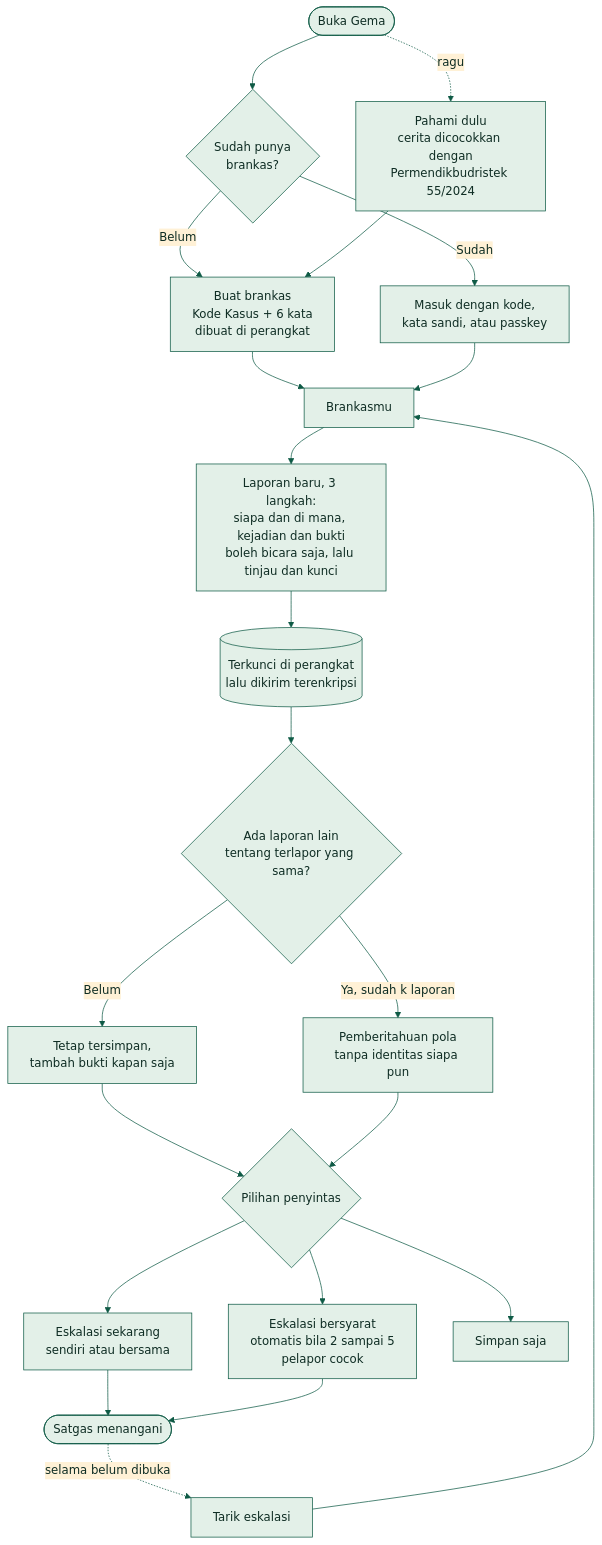
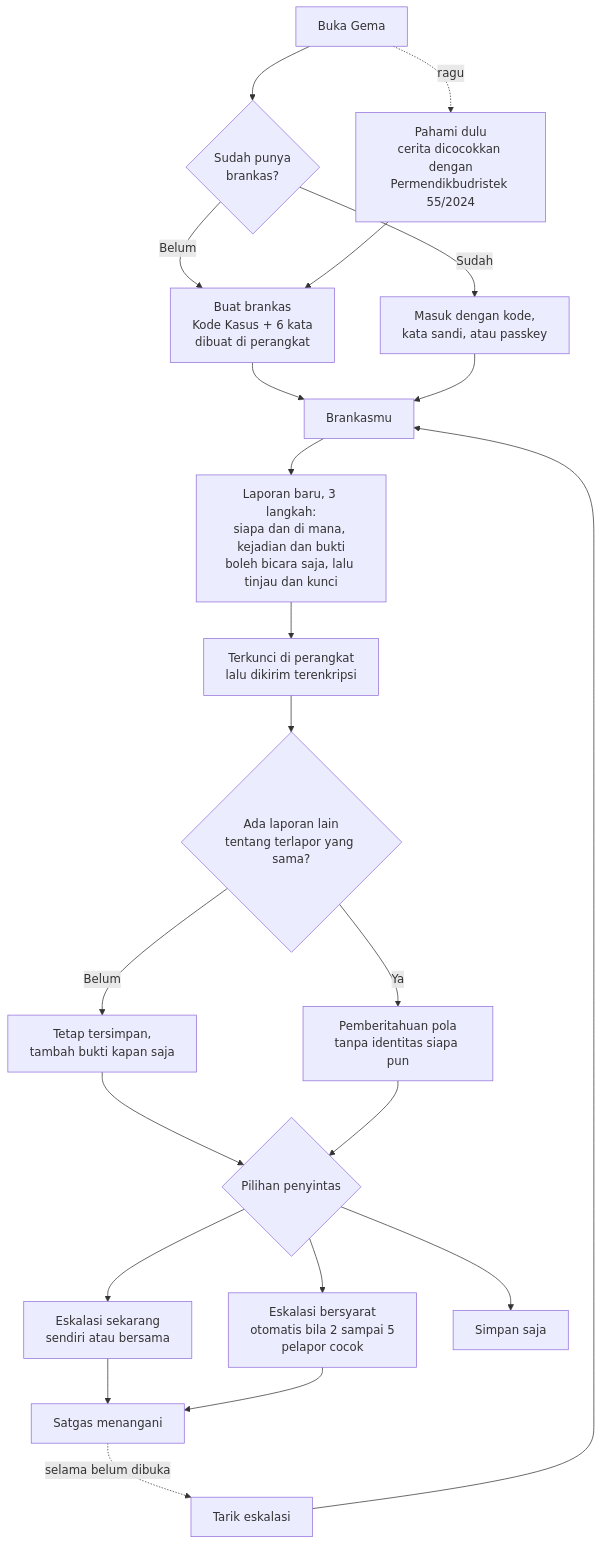
One commit to LazuardiAdityaPratamaPutra/gema changed the first of 3 diagrams in README.md. Above: the diagram before and after it, drawn with Mermaid. The commit also changed other lines of this file, not shown here.

Commit message:
Perbaiki diagram dan slogan README

````diff
--- a/README.md
+++ b/README.md
@@ -46,25 +46,24 @@
 ```mermaid
-%%{init: {'theme':'base','themeVariables':{'primaryColor':'#E3F0E8','primaryBorderColor':'#0E5A45','primaryTextColor':'#0F2D24','lineColor':'#0E5A45','secondaryColor':'#FFF1D6','tertiaryColor':'#F4F8F5'}}}%%
 flowchart TD
-    A([Buka Gema]) --> B{Sudah punya<br/>brankas?}
+    A[Buka Gema] --> B{Sudah punya<br/>brankas?}
     B -- Belum --> C[Buat brankas<br/>Kode Kasus + 6 kata<br/>dibuat di perangkat]
     B -- Sudah --> D[Masuk dengan kode,<br/>kata sandi, atau passkey]
-    C --> E
-    D --> E[Brankasmu]
-    A -. ragu .-> P[Pahami dulu<br/>cerita dicocokkan dengan<br/>Permendikbudristek 55/2024]
+    C --> E[Brankasmu]
+    D --> E
+    A -.->|ragu| P[Pahami dulu<br/>cerita dicocokkan dengan<br/>Permendikbudristek 55/2024]
     P --> C
     E --> F[Laporan baru, 3 langkah:<br/>siapa dan di mana, kejadian dan bukti<br/>boleh bicara saja, lalu tinjau dan kunci]
-    F --> G[(Terkunci di perangkat<br/>lalu dikirim terenkripsi)]
+    F --> G[Terkunci di perangkat<br/>lalu dikirim terenkripsi]
     G --> H{Ada laporan lain<br/>tentang terlapor yang sama?}
     H -- Belum --> I[Tetap tersimpan,<br/>tambah bukti kapan saja]
-    H -- Ya, sudah k laporan --> J[Pemberitahuan pola<br/>tanpa identitas siapa pun]
-    I --> K
-    J --> K{Pilihan penyintas}
+    H -- Ya --> J[Pemberitahuan pola<br/>tanpa identitas siapa pun]
+    I --> K{Pilihan penyintas}
+    J --> K
     K --> L[Eskalasi sekarang<br/>sendiri atau bersama]
     K --> M[Eskalasi bersyarat<br/>otomatis bila 2 sampai 5<br/>pelapor cocok]
     K --> N[Simpan saja]
-    L --> O([Satgas menangani])
+    L --> O[Satgas menangani]
     M --> O
-    O -. selama belum dibuka .-> Q[Tarik eskalasi]
+    O -.->|selama belum dibuka| Q[Tarik eskalasi]
     Q --> E
 ```
````
